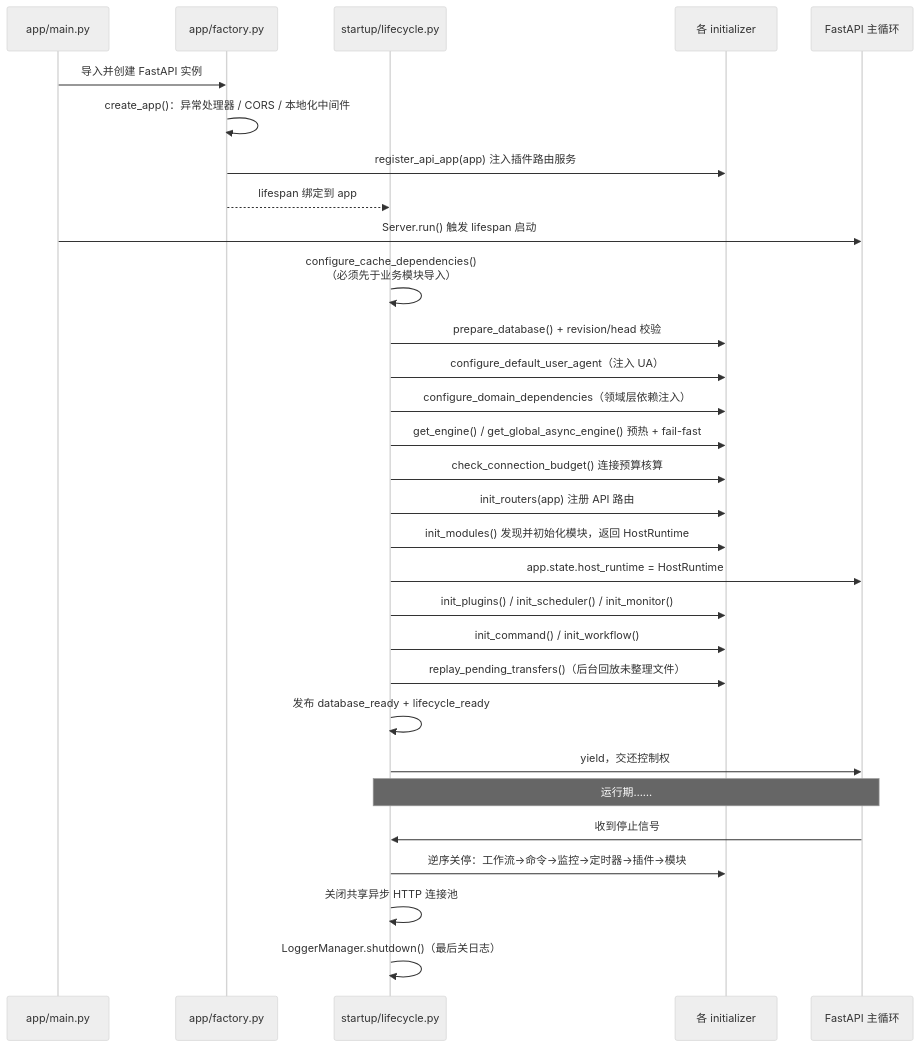
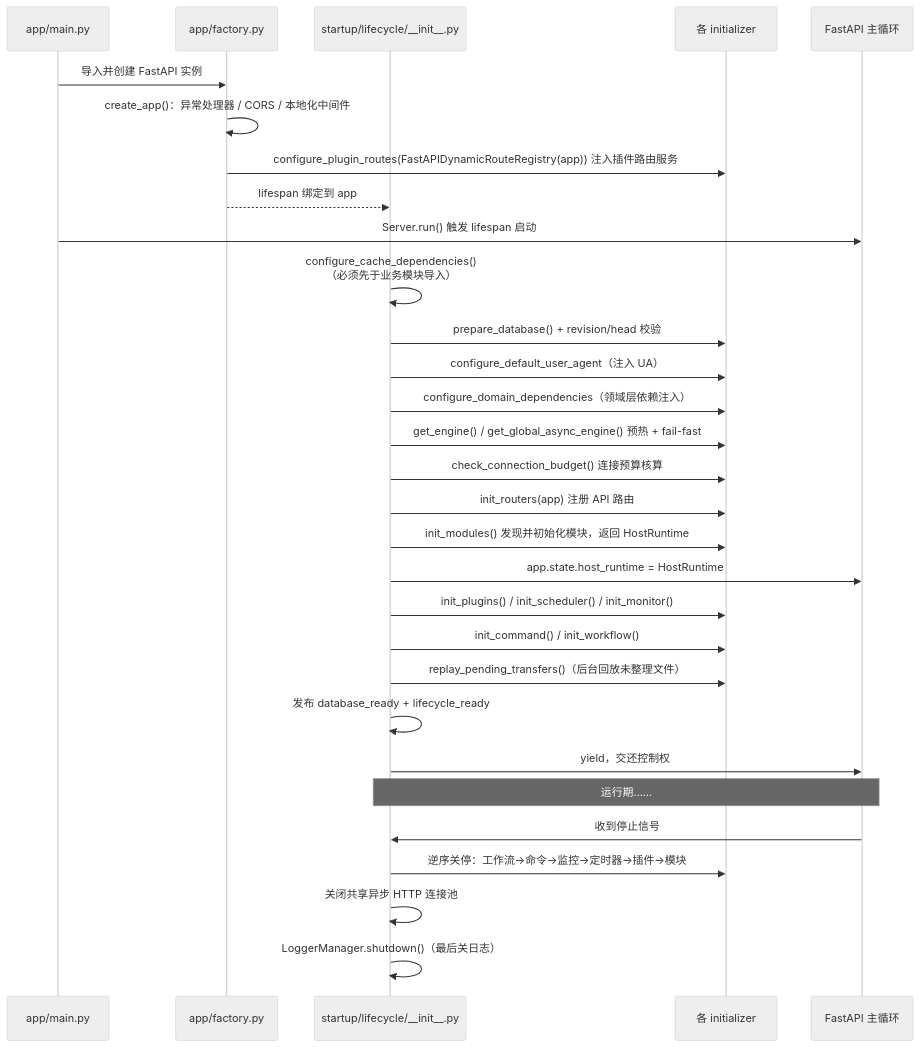
Before and after one commit to jxxghp/MoviePilot: the third of 14 diagrams in docs/architecture-overview.md, drawn with Mermaid (neutral theme). The commit also changed other lines of this file and 28 other files, not shown here.

````diff
--- a/docs/architecture-overview.md
+++ b/docs/architecture-overview.md
@@ -201,34 +202,34 @@
 ```mermaid
 sequenceDiagram
     participant Main as app/main.py
     participant Factory as app/factory.py
-    participant Life as startup/lifecycle.py
+    participant Life as startup/lifecycle/__init__.py
     participant Init as 各 initializer
     participant FastAPI as FastAPI 主循环
 
     Main->>Factory: 导入并创建 FastAPI 实例
     Factory->>Factory: create_app()：异常处理器 / CORS / 本地化中间件
-    Factory->>Init: register_api_app(app) 注入插件路由服务
+    Factory->>Init: configure_plugin_routes(FastAPIDynamicRouteRegistry(app)) 注入插件路由服务
     Factory-->>Life: lifespan 绑定到 app
     Main->>FastAPI: Server.run() 触发 lifespan 启动
 
     Life->>Life: configure_cache_dependencies()<br/>（必须先于业务模块导入）
     Life->>Init: prepare_database() + revision/head 校验
     Life->>Init: configure_default_user_agent（注入 UA）
     Life->>Init: configure_domain_dependencies（领域层依赖注入）
     Life->>Init: get_engine() / get_global_async_engine() 预热 + fail-fast
     Life->>Init: check_connection_budget() 连接预算核算
     Life->>Init: init_routers(app) 注册 API 路由
     Life->>Init: init_modules() 发现并初始化模块，返回 HostRuntime
     Life->>FastAPI: app.state.host_runtime = HostRuntime
     Life->>Init: init_plugins() / init_scheduler() / init_monitor()
     Life->>Init: init_command() / init_workflow()
     Life->>Init: replay_pending_transfers()（后台回放未整理文件）
     Life->>Life: 发布 database_ready + lifecycle_ready
     Life->>FastAPI: yield，交还控制权
     Note over Life,FastAPI: 运行期……
     FastAPI->>Life: 收到停止信号
     Life->>Init: 逆序关停：工作流→命令→监控→定时器→插件→模块
     Life->>Life: 关闭共享异步 HTTP 连接池
     Life->>Life: LoggerManager.shutdown()（最后关日志）
 ```
````
